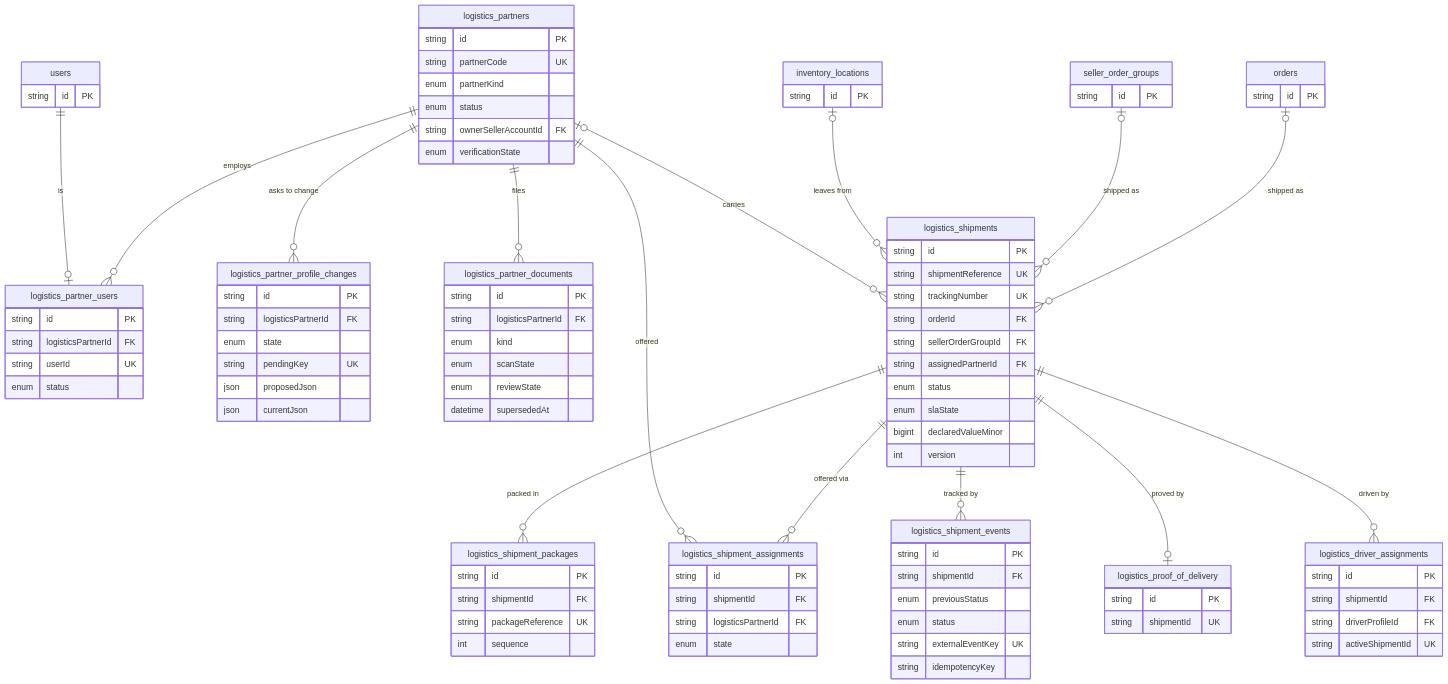
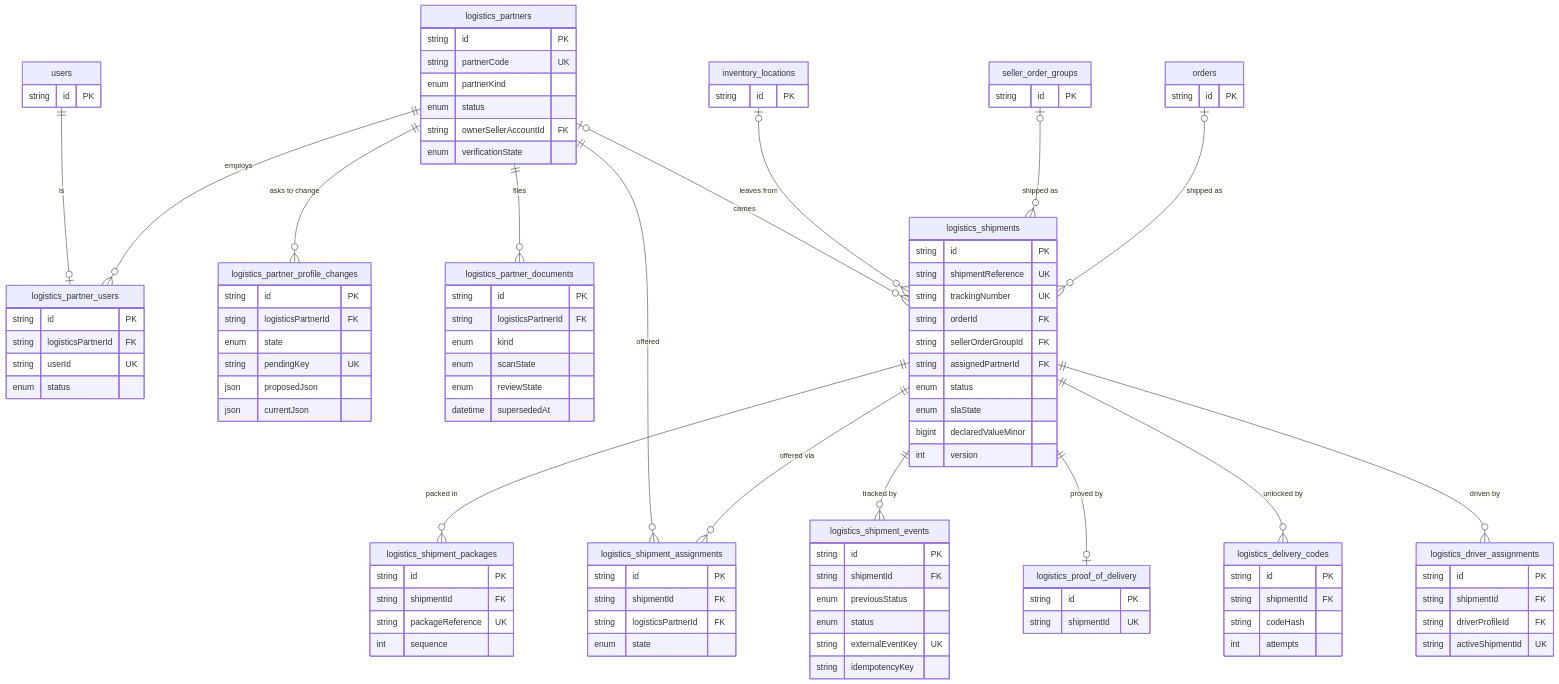
Before and after one commit to UBoss-AI/UBoss-Sourcing: diagram 28 of 44 in docs/DATABASE-DESIGN.md, drawn with Mermaid. The commit also changed other lines of this file and 501 other files, not shown here.

```diff
--- a/docs/DATABASE-DESIGN.md
+++ b/docs/DATABASE-DESIGN.md
@@ -3724,6 +3780,7 @@
     logistics_partners ||--o{ logistics_shipment_assignments : "offered"
     logistics_shipments ||--o{ logistics_shipment_events : "tracked by"
     logistics_shipments ||--o| logistics_proof_of_delivery : "proved by"
+    logistics_shipments ||--o{ logistics_delivery_codes : "unlocked by"
     logistics_shipments ||--o{ logistics_driver_assignments : "driven by"
     logistics_partners {
         string id PK
@@ -3791,6 +3848,12 @@
         string id PK
         string shipmentId UK
     }
+    logistics_delivery_codes {
+        string id PK
+        string shipmentId FK
+        string codeHash
+        int attempts
+    }
     logistics_driver_assignments {
         string id PK
         string shipmentId FK
```
